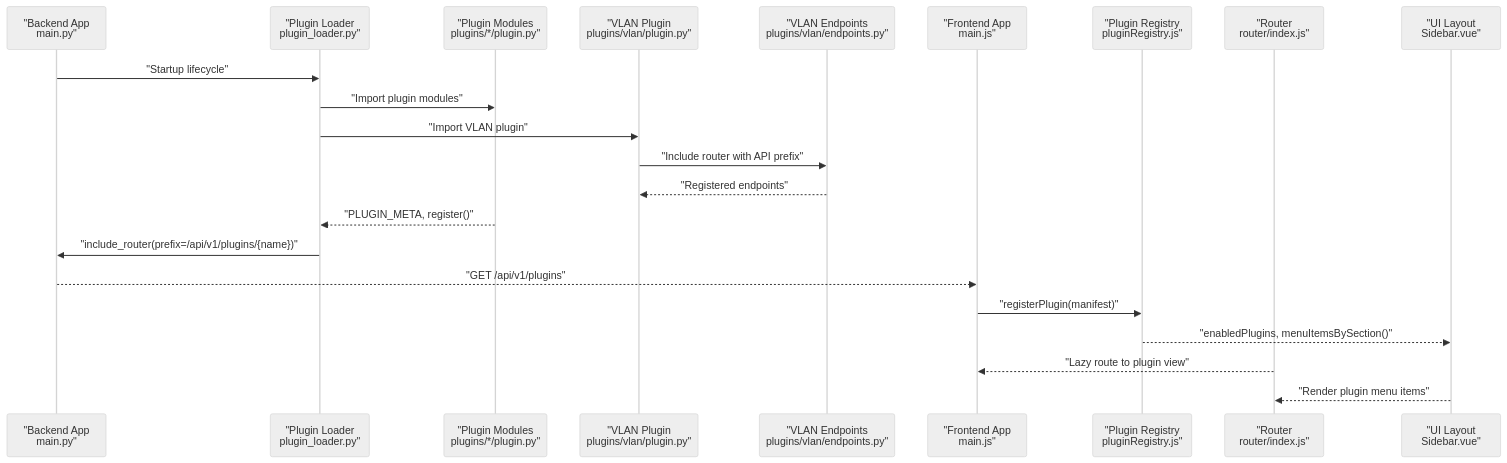
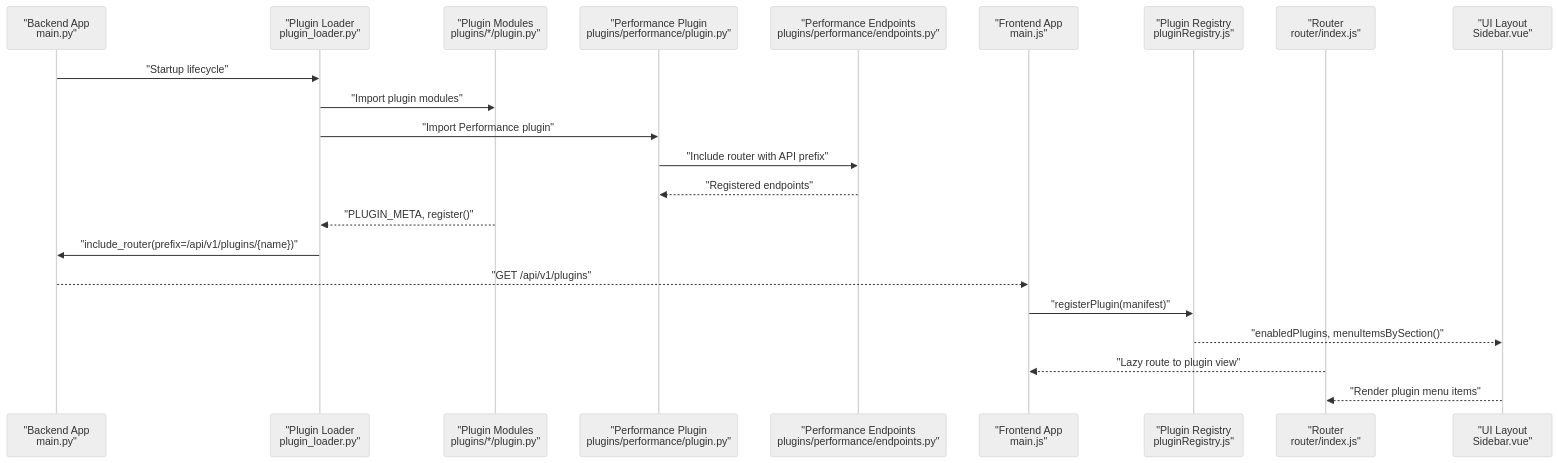
The second of 11 diagrams in .qoder/repowiki/en/content/Plugin System Architecture/Frontend Plugin Integration.md (Nikita5543/New-SSO-02), drawn with Mermaid (neutral theme) before and after one commit. The commit also changed other lines of this file and 3 other files, not shown here.

````diff
--- a/.qoder/repowiki/en/content/Plugin System Architecture/Frontend Plugin Integration.md
+++ b/.qoder/repowiki/en/content/Plugin System Architecture/Frontend Plugin Integration.md
@@ -143,24 +143,24 @@
 ```mermaid
 sequenceDiagram
 participant BE as "Backend App<br/>main.py"
 participant PL as "Plugin Loader<br/>plugin_loader.py"
 participant PM as "Plugin Modules<br/>plugins/*/plugin.py"
-participant VLAN as "VLAN Plugin<br/>plugins/vlan/plugin.py"
-participant EP as "VLAN Endpoints<br/>plugins/vlan/endpoints.py"
+participant PERF as "Performance Plugin<br/>plugins/performance/plugin.py"
+participant EP as "Performance Endpoints<br/>plugins/performance/endpoints.py"
 participant FE as "Frontend App<br/>main.js"
 participant PR as "Plugin Registry<br/>pluginRegistry.js"
 participant RT as "Router<br/>router/index.js"
 participant UI as "UI Layout<br/>Sidebar.vue"
 BE->>PL : "Startup lifecycle"
 PL->>PM : "Import plugin modules"
-PL->>VLAN : "Import VLAN plugin"
-VLAN->>EP : "Include router with API prefix"
-EP-->>VLAN : "Registered endpoints"
+PL->>PERF : "Import Performance plugin"
+PERF->>EP : "Include router with API prefix"
+EP-->>PERF : "Registered endpoints"
 PM-->>PL : "PLUGIN_META, register()"
 PL->>BE : "include_router(prefix=/api/v1/plugins/{name})"
 BE-->>FE : "GET /api/v1/plugins"
 FE->>PR : "registerPlugin(manifest)"
 PR-->>UI : "enabledPlugins, menuItemsBySection()"
 RT-->>FE : "Lazy route to plugin view"
 UI-->>RT : "Render plugin menu items"
 ```
````
